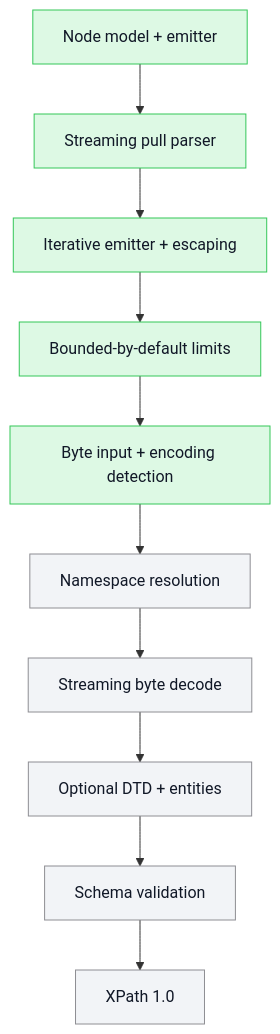
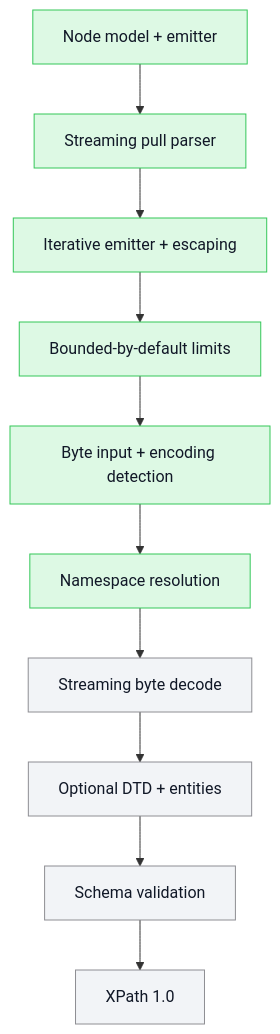
Before and after one commit to mihaelamj/PureXML: the second of 2 diagrams in README.md, drawn with Mermaid. The commit also changed 6 other files, not shown here.

````diff
--- a/README.md
+++ b/README.md
@@ -45,26 +45,26 @@
 ```mermaid
 flowchart TB
   classDef done fill:#ddf9e4,stroke:#34c759,color:#111827
   classDef review fill:#fff7d6,stroke:#ffcc00,color:#111827
   classDef epic fill:#f2e5ff,stroke:#af52de,color:#111827
   classDef todo fill:#f2f4f7,stroke:#8e8e93,color:#111827
   Model["Node model + emitter"]:::done
   Stream["Streaming pull parser"]:::done
   Escape["Iterative emitter + escaping"]:::done
   Limits["Bounded-by-default limits"]:::done
   Bytes["Byte input + encoding detection"]:::done
-  Namespaces["Namespace resolution"]:::todo
+  Namespaces["Namespace resolution"]:::done
   ByteStream["Streaming byte decode"]:::todo
   DTD["Optional DTD + entities"]:::todo
   Validation["Schema validation"]:::todo
   XPath["XPath 1.0"]:::todo
   Model --> Stream
   Stream --> Escape
   Escape --> Limits
   Limits --> Bytes
   Bytes --> Namespaces
   Namespaces --> ByteStream
   ByteStream --> DTD
   DTD --> Validation
   Validation --> XPath
 ```
````
